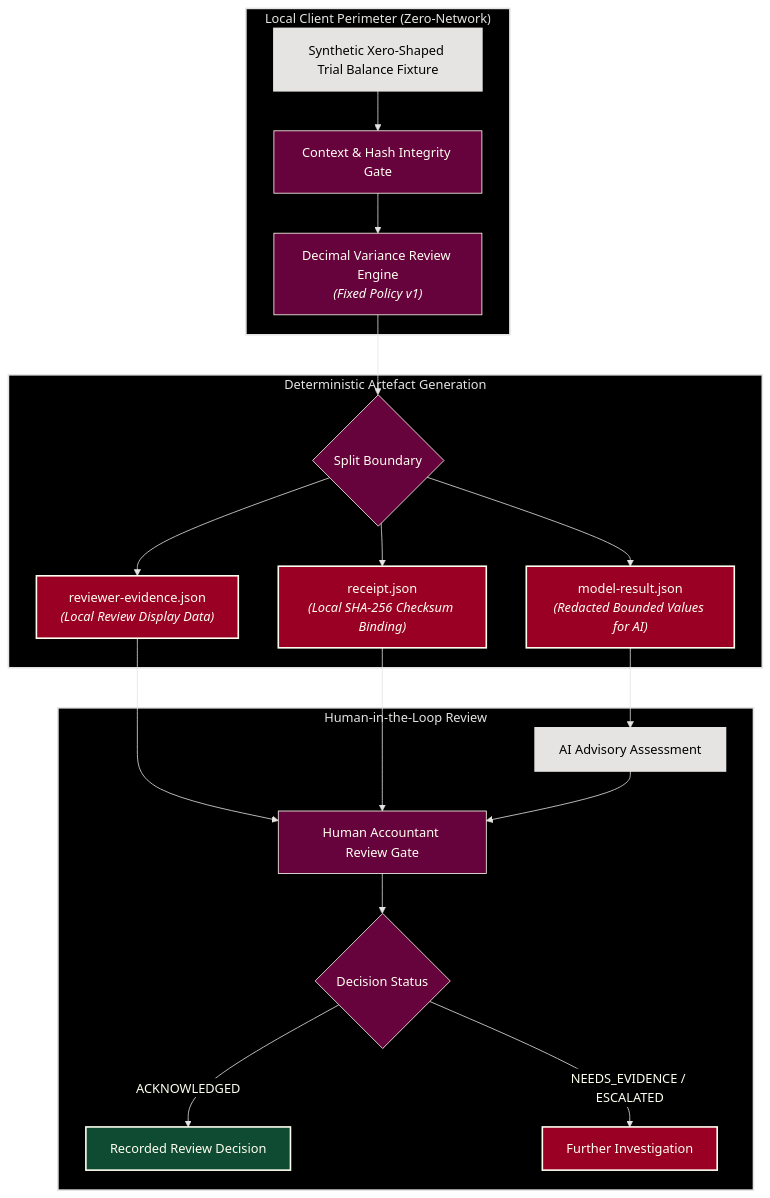
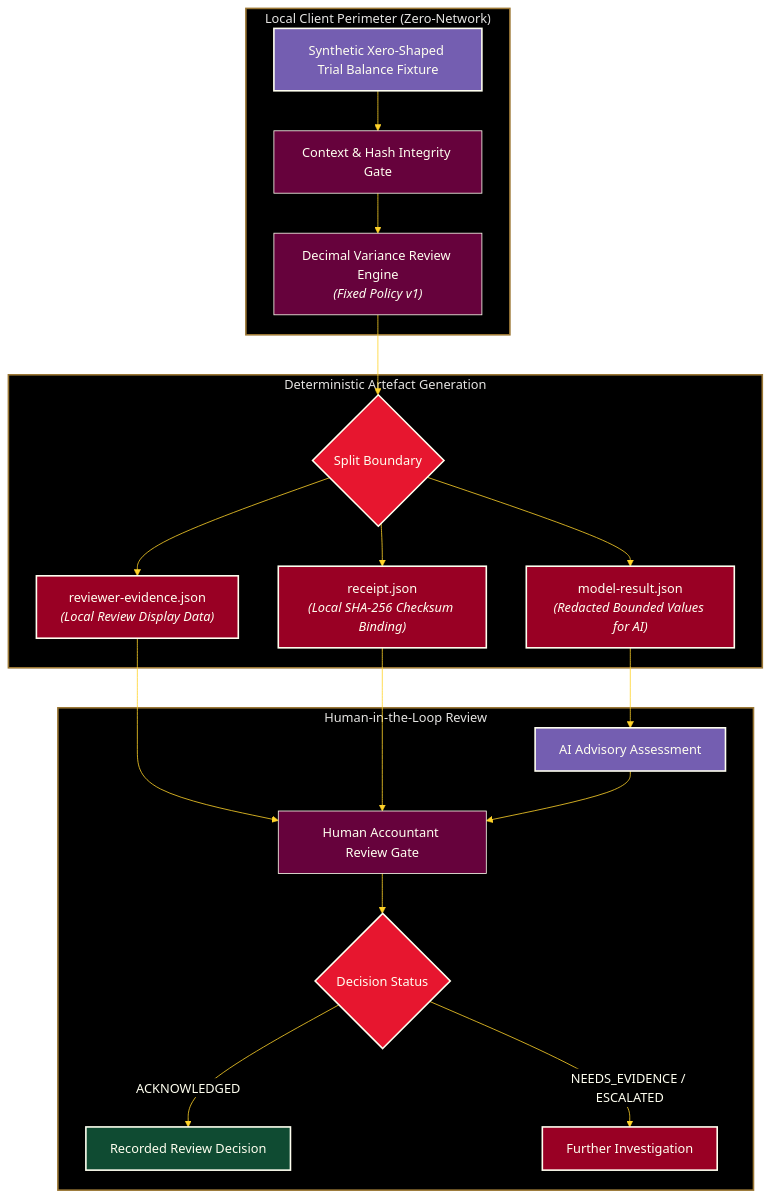
Before and after one commit to ryanduguid/accounting-review-pipeline: the diagram in packages/elizabeth-anne-alexander/README.md, drawn with Mermaid. The commit also changed 4 other files, not shown here.

Commit message:
docs: extend Mermaid accent palette (#392)

````diff
--- a/packages/elizabeth-anne-alexander/README.md
+++ b/packages/elizabeth-anne-alexander/README.md
@@ -50,34 +50,36 @@
 ```mermaid
 flowchart TD
-%%{init: {"theme": "base", "look": "classic", "themeVariables": {"background": "#000000", "primaryColor": "#66023C", "primaryTextColor": "#FFFFF0", "primaryBorderColor": "#FFFFF0", "lineColor": "#E5E4E2", "textColor": "#FFFFF0", "edgeLabelBackground": "#000000", "clusterBkg": "#000000", "clusterBorder": "#E5E4E2", "titleColor": "#E5E4E2"}}}%%
+%%{init: {"theme": "base", "look": "classic", "themeVariables": {"background": "#000000", "primaryColor": "#66023C", "primaryTextColor": "#FFFFF0", "primaryBorderColor": "#FFFFF0", "lineColor": "#FFD32A", "textColor": "#FFFFF0", "edgeLabelBackground": "#000000", "clusterBkg": "#000000", "clusterBorder": "#9B7735", "titleColor": "#E5E4E2"}}}%%
     subgraph ClientPerimeter ["Local Client Perimeter (Zero-Network)"]
         Raw["Synthetic Xero-Shaped Trial Balance Fixture"] --> Validate["Context & Hash Integrity Gate"]
         Validate --> Engine["Decimal Variance Review Engine<br/><i>(Fixed Policy v1)</i>"]
     end
 
     subgraph ArtifactSplit ["Deterministic Artefact Generation"]
         Engine --> Split{"Split Boundary"}
         Split --> Model["model-result.json<br/><i>(Redacted Bounded Values for AI)</i>"]
         Split --> Evidence["reviewer-evidence.json<br/><i>(Local Review Display Data)</i>"]
         Split --> Receipt["receipt.json<br/><i>(Local SHA-256 Checksum Binding)</i>"]
     end
 
     subgraph Governance ["Human-in-the-Loop Review"]
         Model --> LLM["AI Advisory Assessment"]
         Evidence & Receipt & LLM --> Reviewer["Human Accountant Review Gate"]
         Reviewer --> Decision{"Decision Status"}
         Decision -->|ACKNOWLEDGED| Done["Recorded Review Decision"]
         Decision -->|NEEDS_EVIDENCE / ESCALATED| Action["Further Investigation"]
     end
 
-    style ClientPerimeter fill:#000000,stroke:#E5E4E2,stroke-width:2px,color:#E5E4E2
-    style ArtifactSplit fill:#000000,stroke:#E5E4E2,stroke-width:2px,color:#E5E4E2
-    style Governance fill:#000000,stroke:#E5E4E2,stroke-width:2px,color:#E5E4E2
+    style ClientPerimeter fill:#000000,stroke:#9B7735,stroke-width:2px,color:#E5E4E2
+    style ArtifactSplit fill:#000000,stroke:#9B7735,stroke-width:2px,color:#E5E4E2
+    style Governance fill:#000000,stroke:#9B7735,stroke-width:2px,color:#E5E4E2
     style Model fill:#990024,stroke:#FFFFF0,stroke-width:2px,color:#FFFFF0
     style Evidence fill:#990024,stroke:#FFFFF0,stroke-width:2px,color:#FFFFF0
     style Receipt fill:#990024,stroke:#FFFFF0,stroke-width:2px,color:#FFFFF0
     style Done fill:#0F4B32,stroke:#FFFFF0,stroke-width:2px,color:#FFFFF0
     style Action fill:#990024,stroke:#FFFFF0,stroke-width:2px,color:#FFFFF0
-    classDef external fill:#E5E4E2,stroke:#E5E4E2,stroke-width:2px,color:#000000
+    classDef external fill:#745EB1,stroke:#FFFFF0,stroke-width:2px,color:#FFFFF0
     class Raw,LLM external
+    classDef decision fill:#E7162F,stroke:#FFFFF0,stroke-width:2px,color:#FFFFF0
+    class Decision,Split decision
 ```
````
